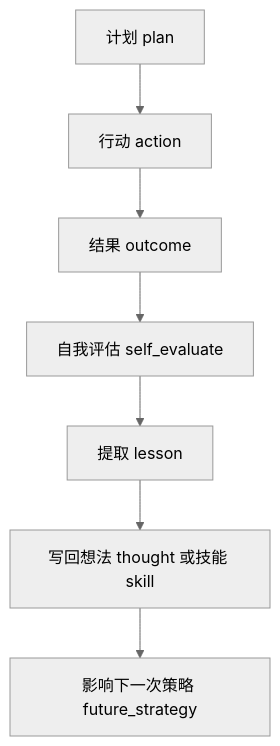
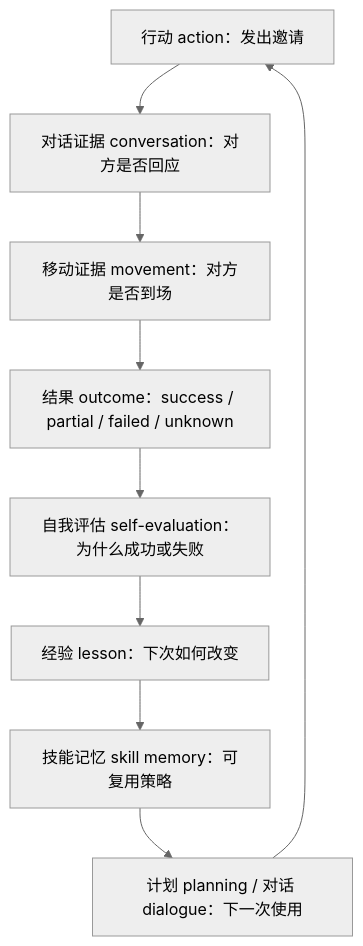
Before and after one commit to tbkken/GenerativeAgentsCN: the diagram in docs/book/manuscript/part_05/chapter_33.md, drawn with Mermaid (neutral theme). The commit also changed other lines of this file and 18 other files, not shown here.

````diff
--- a/docs/book/manuscript/part_05/chapter_33.md
+++ b/docs/book/manuscript/part_05/chapter_33.md
@@ -287,9 +21,11 @@
 ```mermaid
 flowchart TD
-    Plan["计划 plan"] --> Action["行动 action"]
-    Action --> Outcome["结果 outcome"]
-    Outcome --> Eval["自我评估 self_evaluate"]
-    Eval --> Lesson["提取 lesson"]
-    Lesson --> Memory["写回想法 thought 或技能 skill"]
-    Memory --> Future["影响下一次策略 future_strategy"]
+    A["行动 action：发出邀请"] --> B["对话证据 conversation：对方是否回应"]
+    B --> C["移动证据 movement：对方是否到场"]
+    C --> D["结果 outcome：success / partial / failed / unknown"]
+    D --> E["自我评估 self-evaluation：为什么成功或失败"]
+    E --> F["经验 lesson：下次如何改变"]
+    F --> G["技能记忆 skill memory：可复用策略"]
+    G --> H["计划 planning / 对话 dialogue：下一次使用"]
+    H --> A
 ```
````
